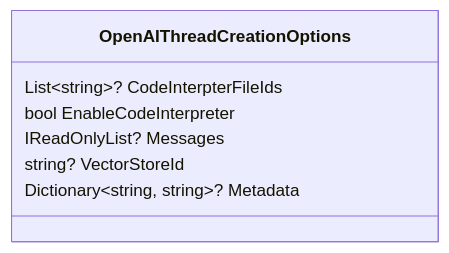
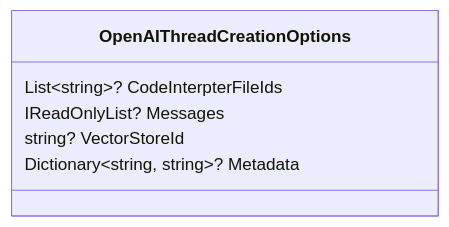
Before and after one commit to microsoft/semantic-kernel: the diagram in docs/decisions/diagrams/assistant-threadcreationsettings.mmd, drawn with Mermaid. The commit also changed 1 other file, not shown here.

```diff
--- a/docs/decisions/diagrams/assistant-threadcreationsettings.mmd
+++ b/docs/decisions/diagrams/assistant-threadcreationsettings.mmd
@@ -1,9 +1,8 @@
 classDiagram
 
     class OpenAIThreadCreationOptions {
         List~string~? CodeInterpterFileIds
-        bool EnableCodeInterpreter
         IReadOnlyList<ChatMessageContent>? Messages
         string? VectorStoreId
         Dictionary~string, string~? Metadata
     }
```
